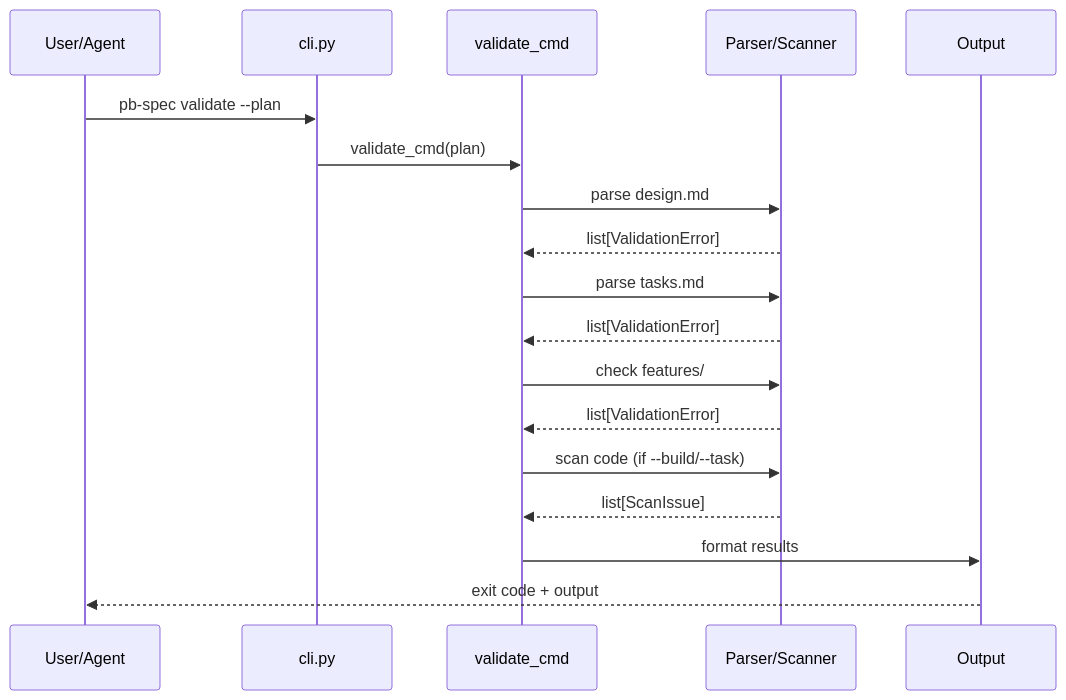
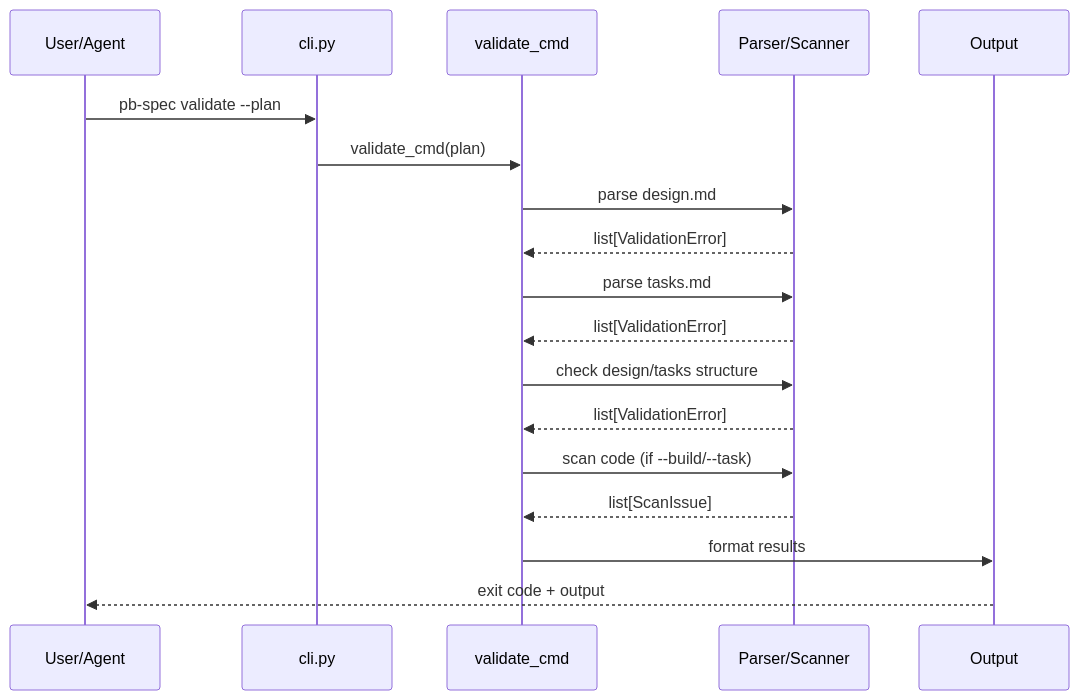
The fourth of 4 diagrams in docs/design.md (longcipher/pb-spec), drawn with Mermaid before and after one commit. The commit also changed other lines of this file and 54 other files, not shown here.

````diff
--- a/docs/design.md
+++ b/docs/design.md
@@ -437,21 +437,21 @@
 ```mermaid
 sequenceDiagram
     participant U as User/Agent
     participant CLI as cli.py
     participant V as validate_cmd
     participant P as Parser/Scanner
     participant O as Output
 
     U->>CLI: pb-spec validate --plan
     CLI->>V: validate_cmd(plan)
     V->>P: parse design.md
     P-->>V: list[ValidationError]
     V->>P: parse tasks.md
     P-->>V: list[ValidationError]
-    V->>P: check features/
+    V->>P: check design/tasks structure
     P-->>V: list[ValidationError]
     V->>P: scan code (if --build/--task)
     P-->>V: list[ScanIssue]
     V->>O: format results
     O-->>U: exit code + output
 ```
````
